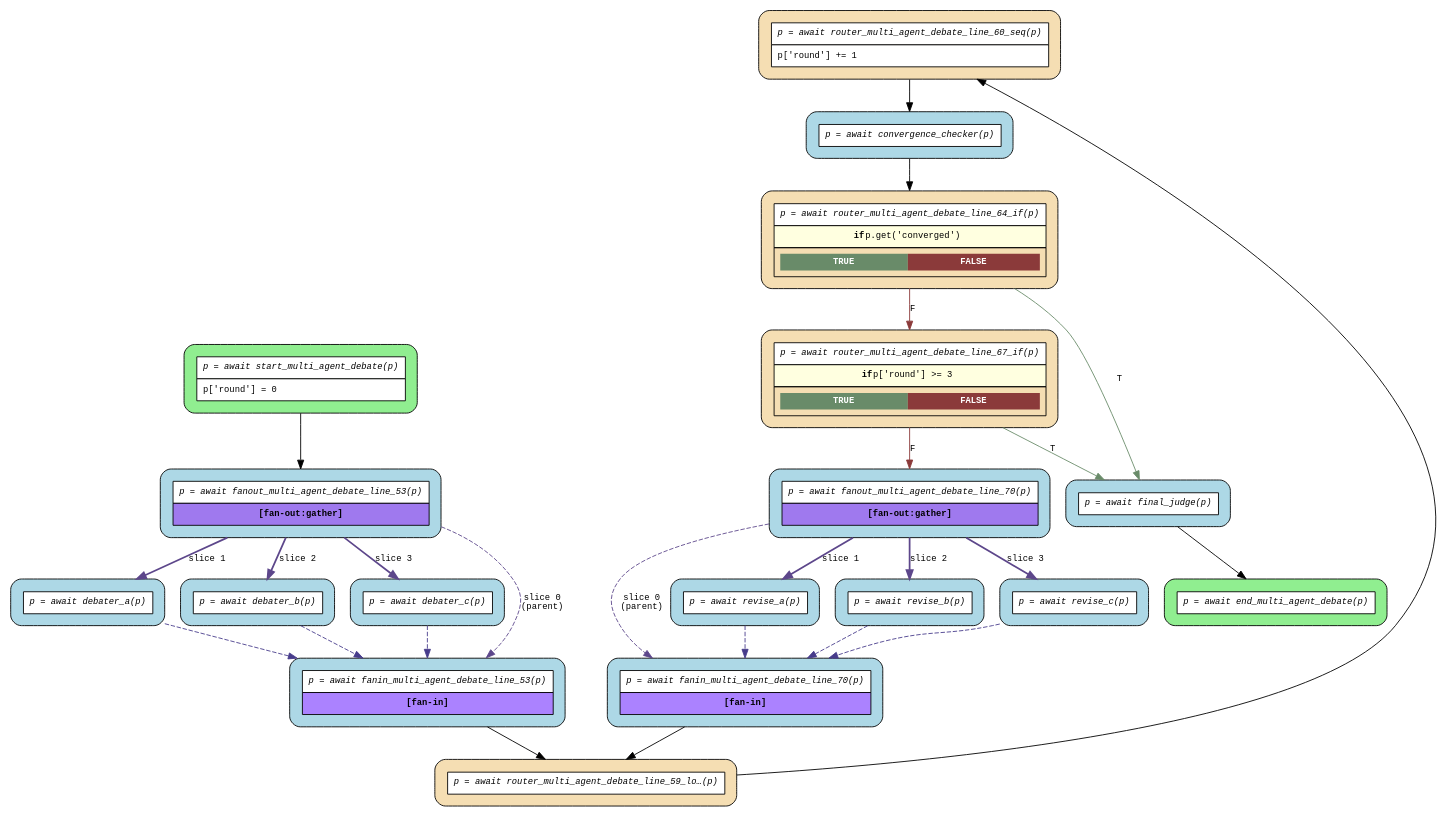
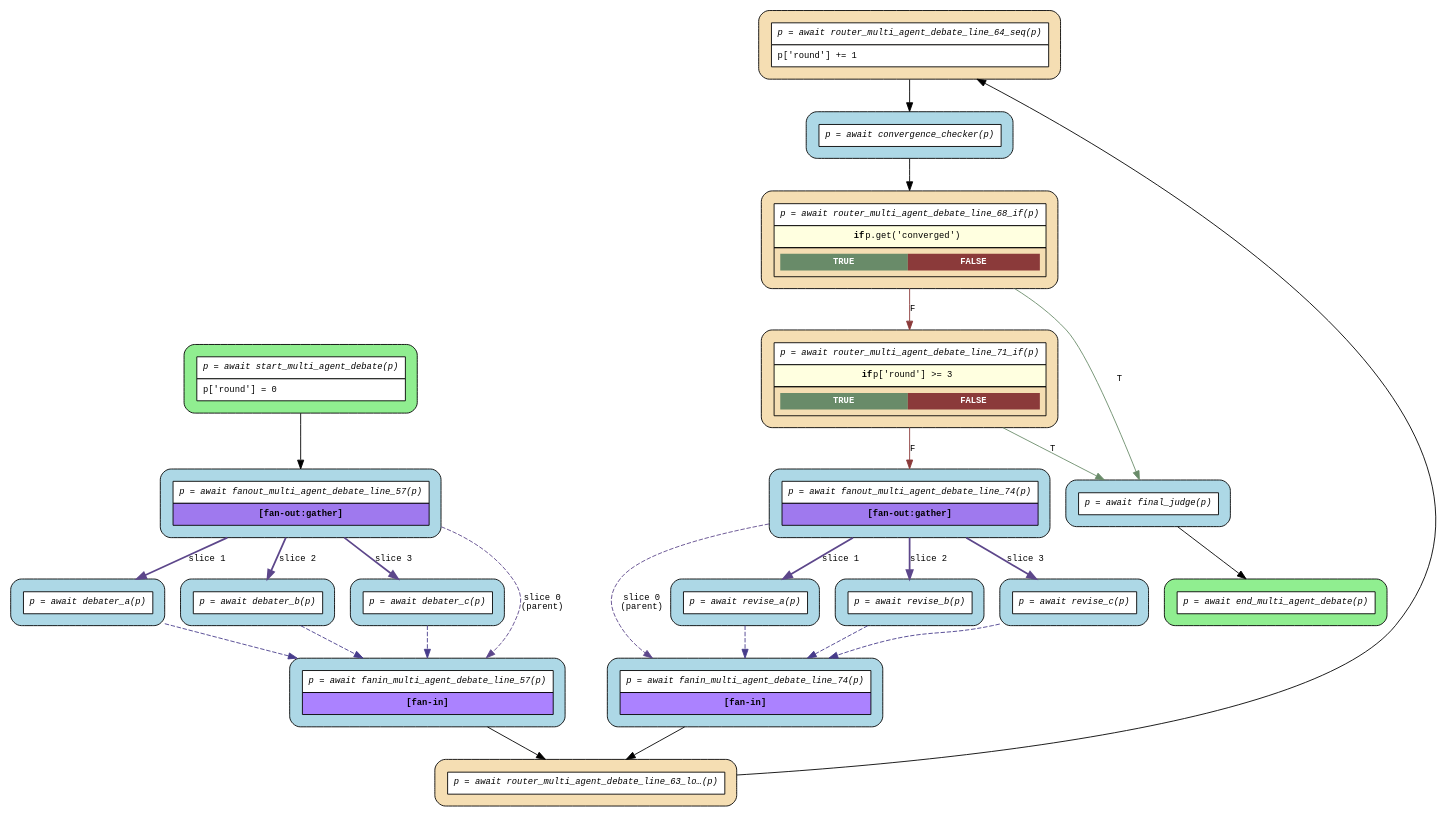
Before and after one commit to deliveryhero/asya: the diagram in examples/flows/agentic/compiled/multi_agent_debate/flow.dot, drawn with Graphviz. The commit also changed 252 other files, not shown here.

First line of the commit message:
fix(flow): add @flow decorator requirement to flow entry points

```diff
--- a/examples/flows/agentic/compiled/multi_agent_debate/flow.dot
+++ b/examples/flows/agentic/compiled/multi_agent_debate/flow.dot
@@ -1,51 +1,51 @@
 digraph flow {
   rankdir=TB;
   graph [fontname="Courier", fontsize=10];
   node [fontname="Courier", fontsize=10, shape=box, style="filled,rounded", margin="0.2"];
   edge [fontname="Courier", fontsize=10];
 
   start_multi_agent_debate [fillcolor="lightgreen", group="main", label=<<table border="0" cellspacing="0" cellpadding="6" cellborder="1"><tr><td bgcolor="white" align="center"><i>p = await start_multi_agent_debate(p)</i></td></tr><tr><td bgcolor="white" align="left">p['round'] = 0</td></tr></table>>];
-  fanout_multi_agent_debate_line_70 [fillcolor="lightblue", group="main", label=<<table border="0" cellspacing="0" cellpadding="6" cellborder="1"><tr><td bgcolor="white" align="center"><i>p = await fanout_multi_agent_debate_line_70(p)</i></td></tr><tr><td bgcolor="mediumpurple2" align="center"><b>[fan-out:gather]</b></td></tr></table>>];
-  router_multi_agent_debate_line_67_if [fillcolor="wheat", group="main", label=<<table border="0" cellspacing="0" cellpadding="6" cellborder="1"><tr><td bgcolor="white" align="center"><i>p = await router_multi_agent_debate_line_67_if(p)</i></td></tr><tr><td bgcolor="lightyellow"><b>if</b> p['round'] &gt;= 3</td></tr><tr><td><table border="0" cellspacing="0" cellpadding="4"><tr><td bgcolor="darkseagreen4"><font color="white"><b>TRUE</b></font></td><td bgcolor="indianred4"><font color="white"><b>FALSE</b></font></td></tr></table></td></tr></table>>];
-  router_multi_agent_debate_line_64_if [fillcolor="wheat", group="main", label=<<table border="0" cellspacing="0" cellpadding="6" cellborder="1"><tr><td bgcolor="white" align="center"><i>p = await router_multi_agent_debate_line_64_if(p)</i></td></tr><tr><td bgcolor="lightyellow"><b>if</b> p.get('converged')</td></tr><tr><td><table border="0" cellspacing="0" cellpadding="4"><tr><td bgcolor="darkseagreen4"><font color="white"><b>TRUE</b></font></td><td bgcolor="indianred4"><font color="white"><b>FALSE</b></font></td></tr></table></td></tr></table>>];
-  router_multi_agent_debate_line_60_seq [fillcolor="wheat", group="main", label=<<table border="0" cellspacing="0" cellpadding="6" cellborder="1"><tr><td bgcolor="white" align="center"><i>p = await router_multi_agent_debate_line_60_seq(p)</i></td></tr><tr><td bgcolor="white" align="left">p['round'] += 1</td></tr></table>>];
-  router_multi_agent_debate_line_59_loop_back_0 [fillcolor="wheat", group="main", label=<<table border="0" cellspacing="0" cellpadding="6" cellborder="1"><tr><td bgcolor="white" align="center"><i>p = await router_multi_agent_debate_line_59_lo…(p)</i></td></tr></table>>];
-  fanout_multi_agent_debate_line_53 [fillcolor="lightblue", group="main", label=<<table border="0" cellspacing="0" cellpadding="6" cellborder="1"><tr><td bgcolor="white" align="center"><i>p = await fanout_multi_agent_debate_line_53(p)</i></td></tr><tr><td bgcolor="mediumpurple2" align="center"><b>[fan-out:gather]</b></td></tr></table>>];
+  fanout_multi_agent_debate_line_74 [fillcolor="lightblue", group="main", label=<<table border="0" cellspacing="0" cellpadding="6" cellborder="1"><tr><td bgcolor="white" align="center"><i>p = await fanout_multi_agent_debate_line_74(p)</i></td></tr><tr><td bgcolor="mediumpurple2" align="center"><b>[fan-out:gather]</b></td></tr></table>>];
+  router_multi_agent_debate_line_71_if [fillcolor="wheat", group="main", label=<<table border="0" cellspacing="0" cellpadding="6" cellborder="1"><tr><td bgcolor="white" align="center"><i>p = await router_multi_agent_debate_line_71_if(p)</i></td></tr><tr><td bgcolor="lightyellow"><b>if</b> p['round'] &gt;= 3</td></tr><tr><td><table border="0" cellspacing="0" cellpadding="4"><tr><td bgcolor="darkseagreen4"><font color="white"><b>TRUE</b></font></td><td bgcolor="indianred4"><font color="white"><b>FALSE</b></font></td></tr></table></td></tr></table>>];
+  router_multi_agent_debate_line_68_if [fillcolor="wheat", group="main", label=<<table border="0" cellspacing="0" cellpadding="6" cellborder="1"><tr><td bgcolor="white" align="center"><i>p = await router_multi_agent_debate_line_68_if(p)</i></td></tr><tr><td bgcolor="lightyellow"><b>if</b> p.get('converged')</td></tr><tr><td><table border="0" cellspacing="0" cellpadding="4"><tr><td bgcolor="darkseagreen4"><font color="white"><b>TRUE</b></font></td><td bgcolor="indianred4"><font color="white"><b>FALSE</b></font></td></tr></table></td></tr></table>>];
+  router_multi_agent_debate_line_64_seq [fillcolor="wheat", group="main", label=<<table border="0" cellspacing="0" cellpadding="6" cellborder="1"><tr><td bgcolor="white" align="center"><i>p = await router_multi_agent_debate_line_64_seq(p)</i></td></tr><tr><td bgcolor="white" align="left">p['round'] += 1</td></tr></table>>];
+  router_multi_agent_debate_line_63_loop_back_0 [fillcolor="wheat", group="main", label=<<table border="0" cellspacing="0" cellpadding="6" cellborder="1"><tr><td bgcolor="white" align="center"><i>p = await router_multi_agent_debate_line_63_lo…(p)</i></td></tr></table>>];
+  fanout_multi_agent_debate_line_57 [fillcolor="lightblue", group="main", label=<<table border="0" cellspacing="0" cellpadding="6" cellborder="1"><tr><td bgcolor="white" align="center"><i>p = await fanout_multi_agent_debate_line_57(p)</i></td></tr><tr><td bgcolor="mediumpurple2" align="center"><b>[fan-out:gather]</b></td></tr></table>>];
   end_multi_agent_debate [fillcolor="lightgreen", group="main", label=<<table border="0" cellspacing="0" cellpadding="6" cellborder="1"><tr><td bgcolor="white" align="center"><i>p = await end_multi_agent_debate(p)</i></td></tr></table>>];
   convergence_checker [fillcolor="lightblue", label=<<table border="0" cellspacing="0" cellpadding="6" cellborder="1"><tr><td bgcolor="white" align="center"><i>p = await convergence_checker(p)</i></td></tr></table>>];
   debater_a [fillcolor="lightblue", label=<<table border="0" cellspacing="0" cellpadding="6" cellborder="1"><tr><td bgcolor="white" align="center"><i>p = await debater_a(p)</i></td></tr></table>>];
   debater_b [fillcolor="lightblue", label=<<table border="0" cellspacing="0" cellpadding="6" cellborder="1"><tr><td bgcolor="white" align="center"><i>p = await debater_b(p)</i></td></tr></table>>];
   debater_c [fillcolor="lightblue", label=<<table border="0" cellspacing="0" cellpadding="6" cellborder="1"><tr><td bgcolor="white" align="center"><i>p = await debater_c(p)</i></td></tr></table>>];
-  fanin_multi_agent_debate_line_53 [fillcolor="lightblue", label=<<table border="0" cellspacing="0" cellpadding="6" cellborder="1"><tr><td bgcolor="white" align="center"><i>p = await fanin_multi_agent_debate_line_53(p)</i></td></tr><tr><td bgcolor="mediumpurple1" align="center"><b>[fan-in]</b></td></tr></table>>];
-  fanin_multi_agent_debate_line_70 [fillcolor="lightblue", label=<<table border="0" cellspacing="0" cellpadding="6" cellborder="1"><tr><td bgcolor="white" align="center"><i>p = await fanin_multi_agent_debate_line_70(p)</i></td></tr><tr><td bgcolor="mediumpurple1" align="center"><b>[fan-in]</b></td></tr></table>>];
+  fanin_multi_agent_debate_line_57 [fillcolor="lightblue", label=<<table border="0" cellspacing="0" cellpadding="6" cellborder="1"><tr><td bgcolor="white" align="center"><i>p = await fanin_multi_agent_debate_line_57(p)</i></td></tr><tr><td bgcolor="mediumpurple1" align="center"><b>[fan-in]</b></td></tr></table>>];
+  fanin_multi_agent_debate_line_74 [fillcolor="lightblue", label=<<table border="0" cellspacing="0" cellpadding="6" cellborder="1"><tr><td bgcolor="white" align="center"><i>p = await fanin_multi_agent_debate_line_74(p)</i></td></tr><tr><td bgcolor="mediumpurple1" align="center"><b>[fan-in]</b></td></tr></table>>];
   final_judge [fillcolor="lightblue", label=<<table border="0" cellspacing="0" cellpadding="6" cellborder="1"><tr><td bgcolor="white" align="center"><i>p = await final_judge(p)</i></td></tr></table>>];
   revise_a [fillcolor="lightblue", label=<<table border="0" cellspacing="0" cellpadding="6" cellborder="1"><tr><td bgcolor="white" align="center"><i>p = await revise_a(p)</i></td></tr></table>>];
   revise_b [fillcolor="lightblue", label=<<table border="0" cellspacing="0" cellpadding="6" cellborder="1"><tr><td bgcolor="white" align="center"><i>p = await revise_b(p)</i></td></tr></table>>];
   revise_c [fillcolor="lightblue", label=<<table border="0" cellspacing="0" cellpadding="6" cellborder="1"><tr><td bgcolor="white" align="center"><i>p = await revise_c(p)</i></td></tr></table>>];
 
-  convergence_checker -> router_multi_agent_debate_line_64_if;
-  debater_a -> fanin_multi_agent_debate_line_53 [color=slateblue4, style=dashed];
-  debater_b -> fanin_multi_agent_debate_line_53 [color=slateblue4, style=dashed];
-  debater_c -> fanin_multi_agent_debate_line_53 [color=slateblue4, style=dashed];
-  fanin_multi_agent_debate_line_53 -> router_multi_agent_debate_line_59_loop_back_0;
-  fanin_multi_agent_debate_line_70 -> router_multi_agent_debate_line_59_loop_back_0;
-  fanout_multi_agent_debate_line_53 -> debater_a [color=mediumpurple4, label="slice 1", style=bold];
-  fanout_multi_agent_debate_line_53 -> debater_b [color=mediumpurple4, label="slice 2", style=bold];
-  fanout_multi_agent_debate_line_53 -> debater_c [color=mediumpurple4, label="slice 3", style=bold];
-  fanout_multi_agent_debate_line_53 -> fanin_multi_agent_debate_line_53 [color=mediumpurple4, label="slice 0\n(parent)", style=dashed];
-  fanout_multi_agent_debate_line_70 -> fanin_multi_agent_debate_line_70 [color=mediumpurple4, label="slice 0\n(parent)", style=dashed];
-  fanout_multi_agent_debate_line_70 -> revise_a [color=mediumpurple4, label="slice 1", style=bold];
-  fanout_multi_agent_debate_line_70 -> revise_b [color=mediumpurple4, label="slice 2", style=bold];
-  fanout_multi_agent_debate_line_70 -> revise_c [color=mediumpurple4, label="slice 3", style=bold];
+  convergence_checker -> router_multi_agent_debate_line_68_if;
+  debater_a -> fanin_multi_agent_debate_line_57 [color=slateblue4, style=dashed];
+  debater_b -> fanin_multi_agent_debate_line_57 [color=slateblue4, style=dashed];
+  debater_c -> fanin_multi_agent_debate_line_57 [color=slateblue4, style=dashed];
+  fanin_multi_agent_debate_line_57 -> router_multi_agent_debate_line_63_loop_back_0;
+  fanin_multi_agent_debate_line_74 -> router_multi_agent_debate_line_63_loop_back_0;
+  fanout_multi_agent_debate_line_57 -> debater_a [color=mediumpurple4, label="slice 1", style=bold];
+  fanout_multi_agent_debate_line_57 -> debater_b [color=mediumpurple4, label="slice 2", style=bold];
+  fanout_multi_agent_debate_line_57 -> debater_c [color=mediumpurple4, label="slice 3", style=bold];
+  fanout_multi_agent_debate_line_57 -> fanin_multi_agent_debate_line_57 [color=mediumpurple4, label="slice 0\n(parent)", style=dashed];
+  fanout_multi_agent_debate_line_74 -> fanin_multi_agent_debate_line_74 [color=mediumpurple4, label="slice 0\n(parent)", style=dashed];
+  fanout_multi_agent_debate_line_74 -> revise_a [color=mediumpurple4, label="slice 1", style=bold];
+  fanout_multi_agent_debate_line_74 -> revise_b [color=mediumpurple4, label="slice 2", style=bold];
+  fanout_multi_agent_debate_line_74 -> revise_c [color=mediumpurple4, label="slice 3", style=bold];
   final_judge -> end_multi_agent_debate;
-  revise_a -> fanin_multi_agent_debate_line_70 [color=slateblue4, style=dashed];
-  revise_b -> fanin_multi_agent_debate_line_70 [color=slateblue4, style=dashed];
-  revise_c -> fanin_multi_agent_debate_line_70 [color=slateblue4, style=dashed];
-  router_multi_agent_debate_line_59_loop_back_0 -> router_multi_agent_debate_line_60_seq [constraint=false];
-  router_multi_agent_debate_line_60_seq -> convergence_checker;
-  router_multi_agent_debate_line_64_if -> final_judge [label="T", color=darkseagreen4];
-  router_multi_agent_debate_line_64_if -> router_multi_agent_debate_line_67_if [label="F", color=indianred4];
-  router_multi_agent_debate_line_67_if -> fanout_multi_agent_debate_line_70 [label="F", color=indianred4];
-  router_multi_agent_debate_line_67_if -> final_judge [label="T", color=darkseagreen4];
-  start_multi_agent_debate -> fanout_multi_agent_debate_line_53;
+  revise_a -> fanin_multi_agent_debate_line_74 [color=slateblue4, style=dashed];
+  revise_b -> fanin_multi_agent_debate_line_74 [color=slateblue4, style=dashed];
+  revise_c -> fanin_multi_agent_debate_line_74 [color=slateblue4, style=dashed];
+  router_multi_agent_debate_line_63_loop_back_0 -> router_multi_agent_debate_line_64_seq [constraint=false];
+  router_multi_agent_debate_line_64_seq -> convergence_checker;
+  router_multi_agent_debate_line_68_if -> final_judge [label="T", color=darkseagreen4];
+  router_multi_agent_debate_line_68_if -> router_multi_agent_debate_line_71_if [label="F", color=indianred4];
+  router_multi_agent_debate_line_71_if -> fanout_multi_agent_debate_line_74 [label="F", color=indianred4];
+  router_multi_agent_debate_line_71_if -> final_judge [label="T", color=darkseagreen4];
+  start_multi_agent_debate -> fanout_multi_agent_debate_line_57;
 }
```
